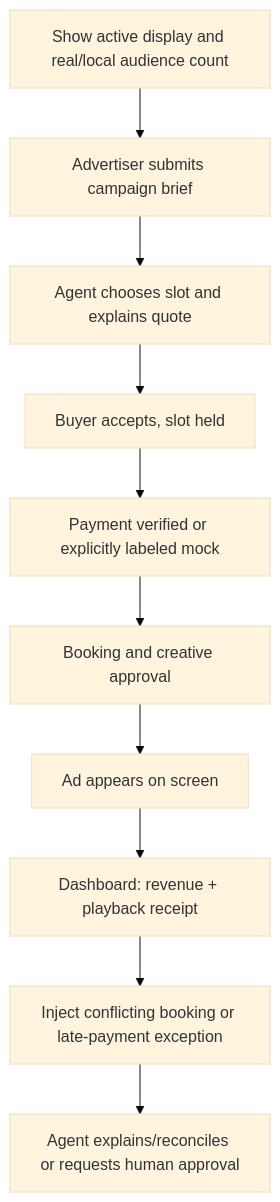
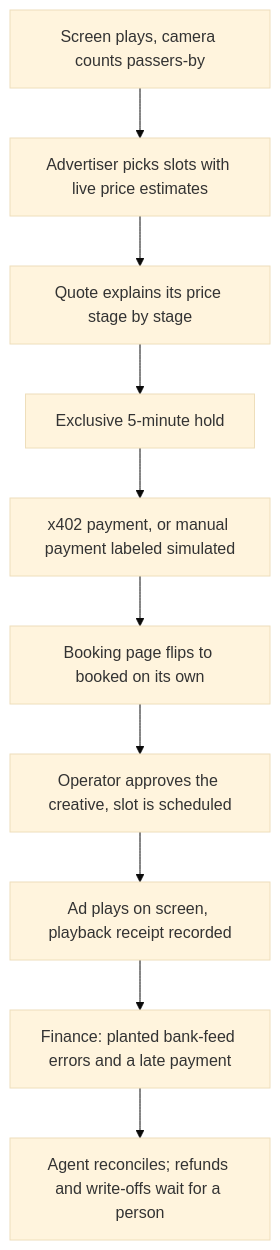
Before and after one commit to PhongCT1105/BillboardOS: the diagram in docs/demo/judging.md, drawn with Mermaid (base theme). The commit also changed other lines of this file, not shown here.

````diff
--- a/docs/demo/judging.md
+++ b/docs/demo/judging.md
@@ -7,12 +7,12 @@
 ```mermaid
 flowchart TD
-  A[Show active display and real/local audience count] --> B[Advertiser submits campaign brief]
-  B --> C[Agent chooses slot and explains quote]
-  C --> D[Buyer accepts, slot held]
-  D --> E[Payment verified or explicitly labeled mock]
-  E --> F[Booking and creative approval]
-  F --> G[Ad appears on screen]
-  G --> H[Dashboard: revenue + playback receipt]
-  H --> I[Inject conflicting booking or late-payment exception]
-  I --> J[Agent explains/reconciles or requests human approval]
+  A[Screen plays, camera counts passers-by] --> B[Advertiser picks slots with live price estimates]
+  B --> C[Quote explains its price stage by stage]
+  C --> D[Exclusive 5-minute hold]
+  D --> E[x402 payment, or manual payment labeled simulated]
+  E --> F[Booking page flips to booked on its own]
+  F --> G[Operator approves the creative, slot is scheduled]
+  G --> H[Ad plays on screen, playback receipt recorded]
+  H --> I[Finance: planted bank-feed errors and a late payment]
+  I --> J[Agent reconciles; refunds and write-offs wait for a person]
 ```
````
